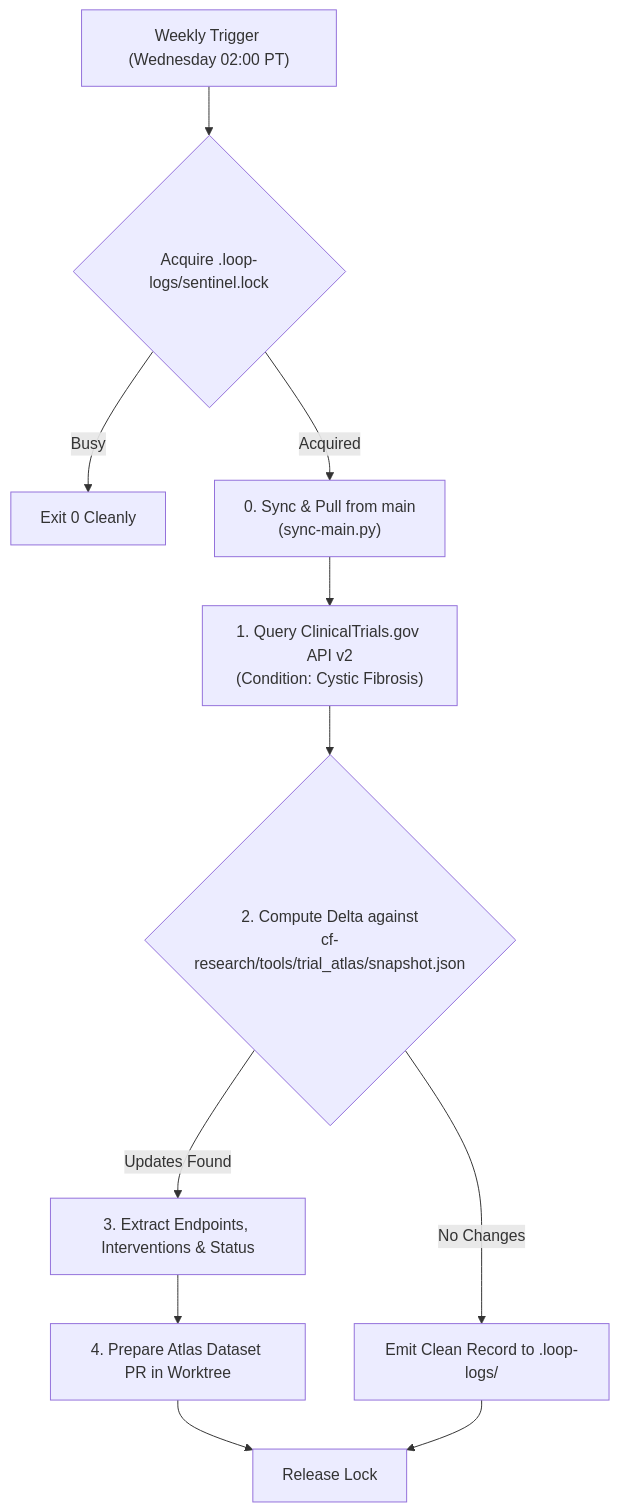
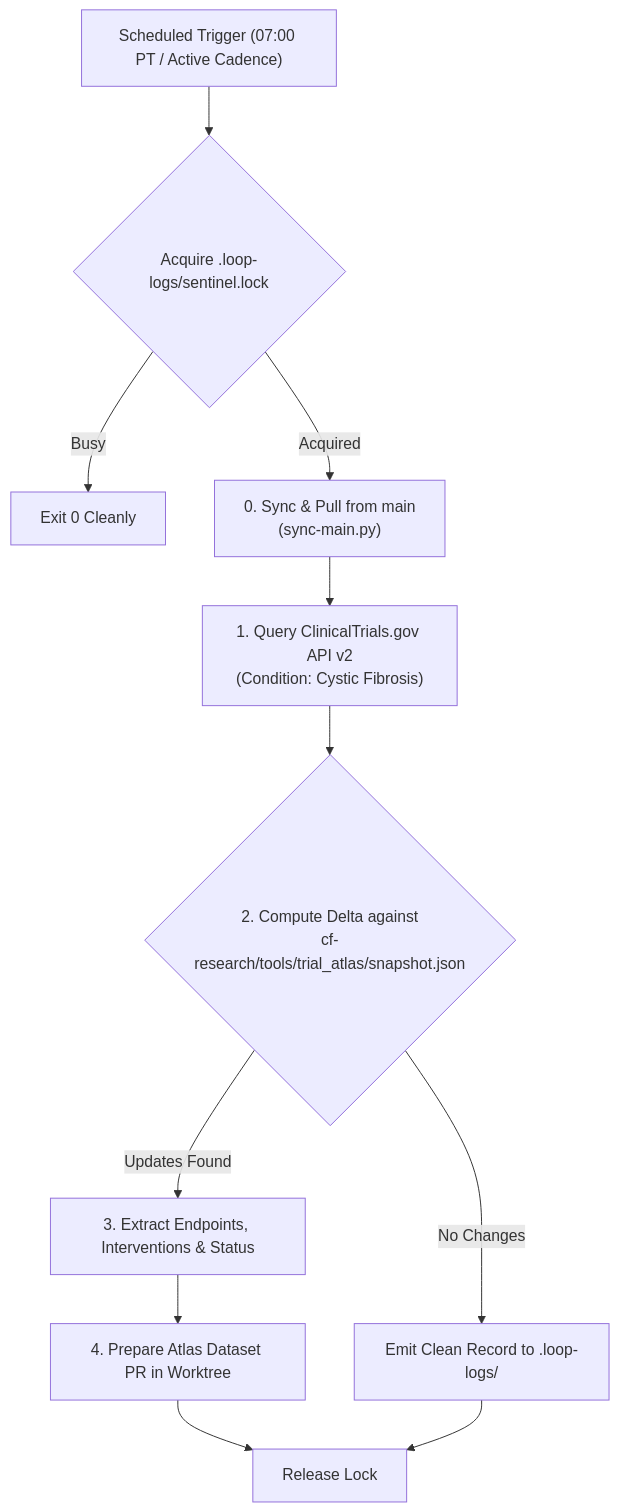
One commit to senseiewok/cf-lab changed the diagram in .claude/skills/scheduled-trial-surveillance/SKILL.md. Above: the diagram before and after it, drawn with Mermaid. The commit also changed other lines of this file and 7 other files, not shown here.

Commit message:
docs(skills): document accelerated active sprint cadences and non-colliding matrix across scheduled sentinels

````diff
--- a/.claude/skills/scheduled-trial-surveillance/SKILL.md
+++ b/.claude/skills/scheduled-trial-surveillance/SKILL.md
@@ -22,14 +23,14 @@
 ```mermaid
 flowchart TD
-    Trigger["Weekly Trigger (Wednesday 02:00 PT)"] --> Lock{"Acquire .loop-logs/sentinel.lock"}
+    Trigger["Scheduled Trigger (07:00 PT / Active Cadence)"] --> Lock{"Acquire .loop-logs/sentinel.lock"}
     Lock -->|Busy| Exit["Exit 0 Cleanly"]
     Lock -->|Acquired| Sync["0. Sync & Pull from main\n(sync-main.py)"]
     Sync --> Q["1. Query ClinicalTrials.gov API v2\n(Condition: Cystic Fibrosis)"]
     Delta{"2. Compute Delta against\ncf-research/tools/trial_atlas/snapshot.json"}
     Q --> Delta
     Delta -->|No Changes| Clean["Emit Clean Record to .loop-logs/"]
     Delta -->|Updates Found| Parse["3. Extract Endpoints, Interventions & Status"]
     Parse --> Draft["4. Prepare Atlas Dataset PR in Worktree"]
     Draft --> Release["Release Lock"]
     Clean --> Release
 ```
````
